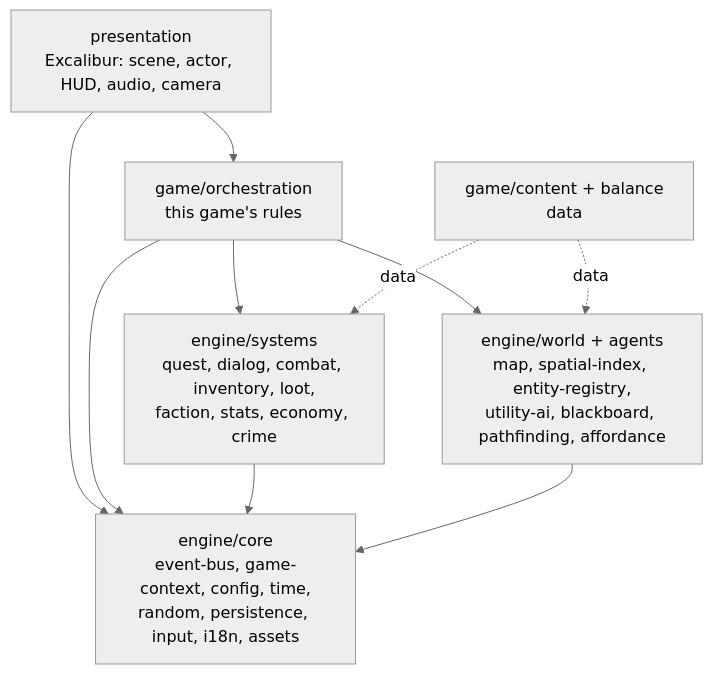
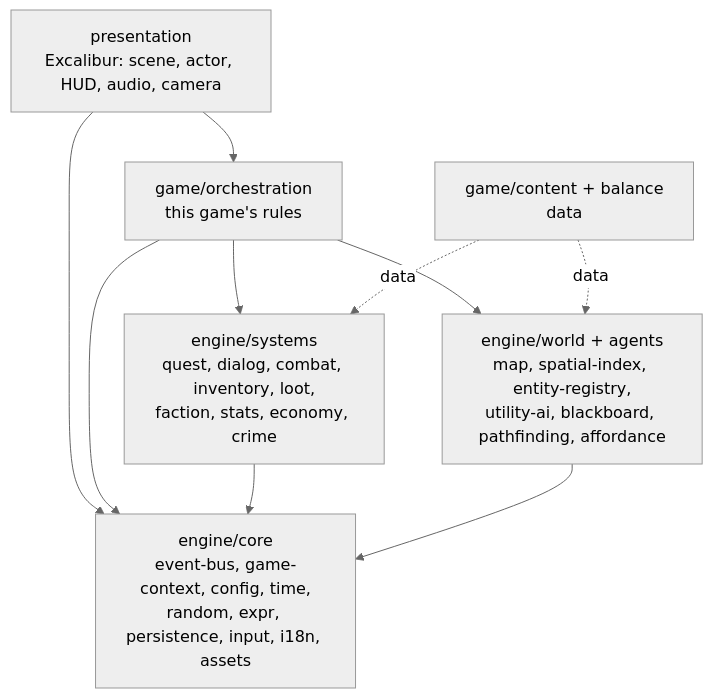
One commit to denetor/rpgengine changed the first of 2 diagrams in docs/REQUIREMENTS.md. Above: the diagram before and after it, drawn with Mermaid (neutral theme). The commit also changed other lines of this file and 8 other files, not shown here.

````diff
--- a/docs/REQUIREMENTS.md
+++ b/docs/REQUIREMENTS.md
@@ -396,19 +398,19 @@
 ```mermaid
 flowchart TB
     P[presentation<br/>Excalibur: scene, actor, HUD, audio, camera]
     O[game/orchestration<br/>this game's rules]
     C[game/content + balance<br/>data]
     S[engine/systems<br/>quest, dialog, combat, inventory, loot,<br/>faction, stats, economy, crime]
     W[engine/world + agents<br/>map, spatial-index, entity-registry,<br/>utility-ai, blackboard, pathfinding, affordance]
-    K[engine/core<br/>event-bus, game-context, config, time,<br/>random, persistence, input, i18n, assets]
+    K[engine/core<br/>event-bus, game-context, config, time,<br/>random, expr, persistence, input, i18n, assets]
 
     P --> O
     P --> K
     O --> S
     O --> W
     O --> K
     C -.data.-> S
     C -.data.-> W
     S --> K
     W --> K
 ```
````
